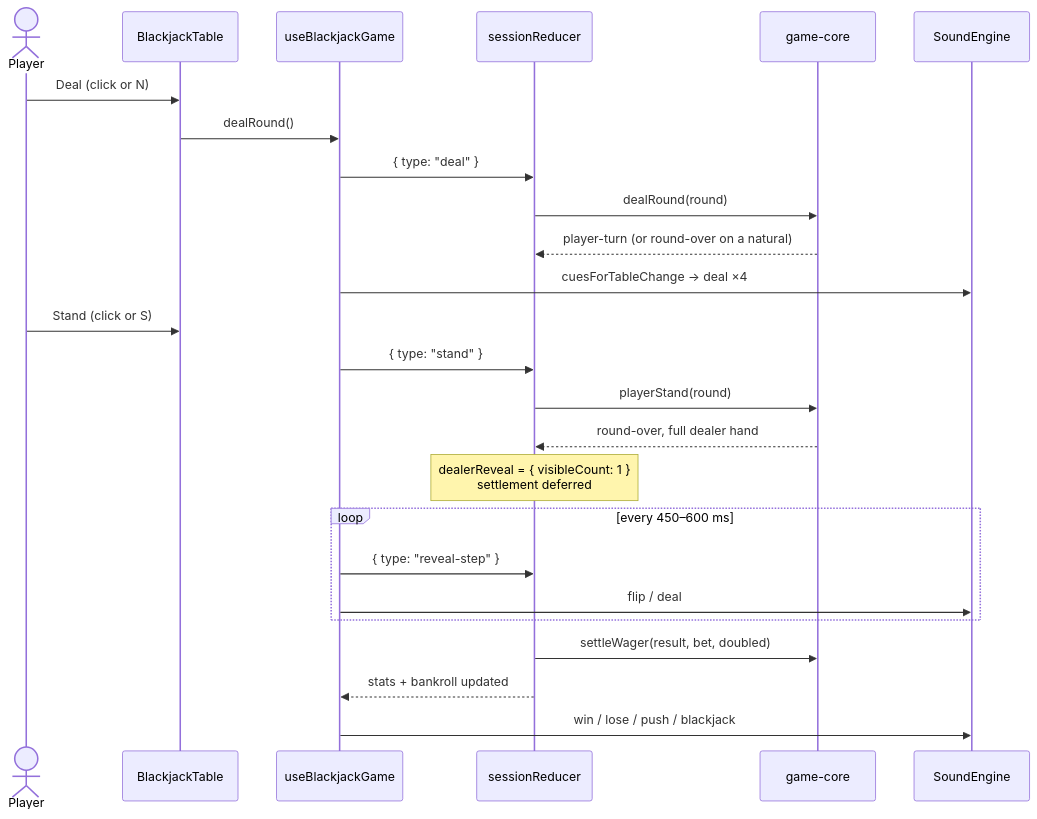
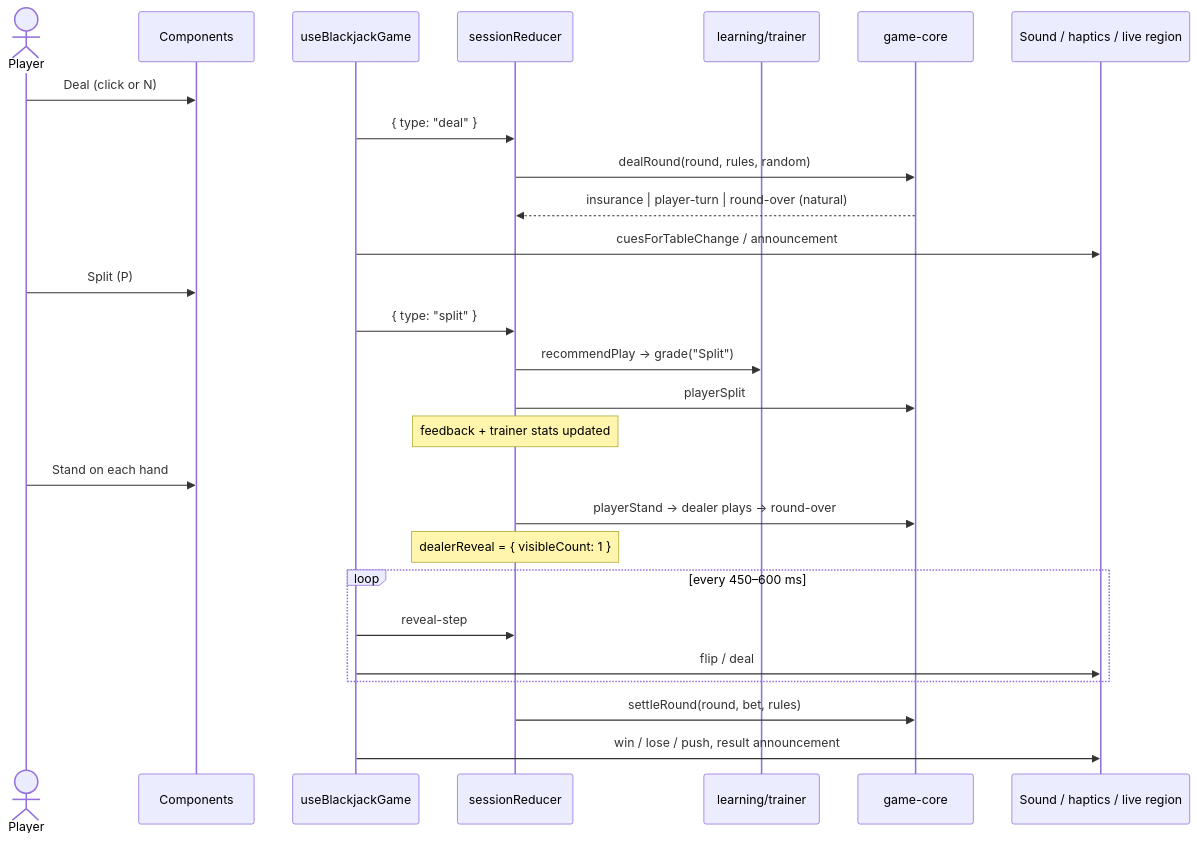
One commit to thundermage117/Blackjack changed the second of 2 diagrams in docs/architecture.md. Above: the diagram before and after it, drawn with Mermaid. The commit also changed other lines of this file and 4 other files, not shown here.

Commit message:
docs: update architecture, README, contributing guide, changelog and plan status

````diff
--- a/docs/architecture.md
+++ b/docs/architecture.md
@@ -56,28 +80,30 @@
 ```mermaid
 sequenceDiagram
   actor Player
-  participant UI as BlackjackTable
+  participant UI as Components
   participant Hook as useBlackjackGame
   participant Reducer as sessionReducer
+  participant Trainer as learning/trainer
   participant Core as game-core
-  participant Sound as SoundEngine
+  participant Out as Sound / haptics / live region
 
   Player->>UI: Deal (click or N)
-  UI->>Hook: dealRound()
   Hook->>Reducer: { type: "deal" }
-  Reducer->>Core: dealRound(round)
-  Core-->>Reducer: player-turn (or round-over on a natural)
-  Hook->>Sound: cuesForTableChange → deal ×4
-  Player->>UI: Stand (click or S)
-  Hook->>Reducer: { type: "stand" }
-  Reducer->>Core: playerStand(round)
-  Core-->>Reducer: round-over, full dealer hand
-  Note over Reducer: dealerReveal = { visibleCount: 1 }<br/>settlement deferred
+  Reducer->>Core: dealRound(round, rules, random)
+  Core-->>Reducer: insurance | player-turn | round-over (natural)
+  Hook->>Out: cuesForTableChange / announcement
+  Player->>UI: Split (P)
+  Hook->>Reducer: { type: "split" }
+  Reducer->>Trainer: recommendPlay → grade("Split")
+  Reducer->>Core: playerSplit
+  Note over Reducer: feedback + trainer stats updated
+  Player->>UI: Stand on each hand
+  Reducer->>Core: playerStand → dealer plays → round-over
+  Note over Reducer: dealerReveal = { visibleCount: 1 }
   loop every 450–600 ms
-    Hook->>Reducer: { type: "reveal-step" }
-    Hook->>Sound: flip / deal
+    Hook->>Reducer: reveal-step
+    Hook->>Out: flip / deal
   end
-  Reducer->>Core: settleWager(result, bet, doubled)
-  Reducer-->>Hook: stats + bankroll updated
-  Hook->>Sound: win / lose / push / blackjack
+  Reducer->>Core: settleRound(round, bet, rules)
+  Hook->>Out: win / lose / push, result announcement
 ```
````
